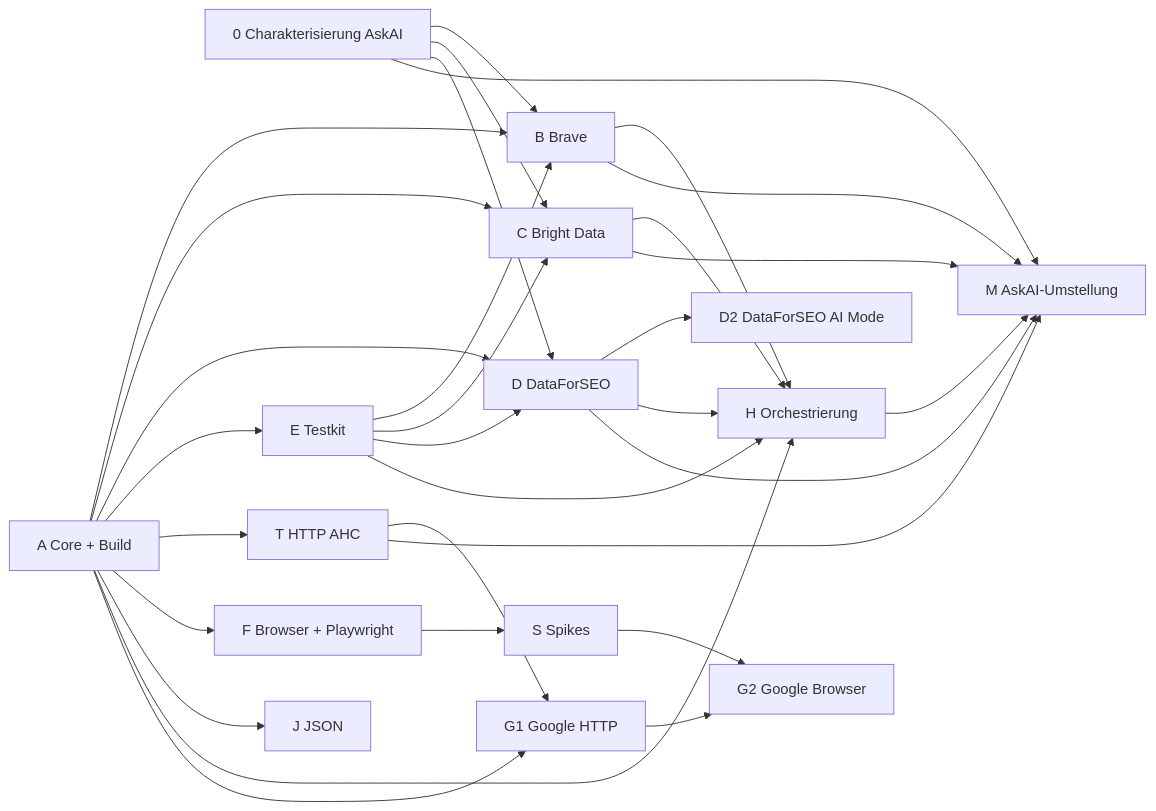
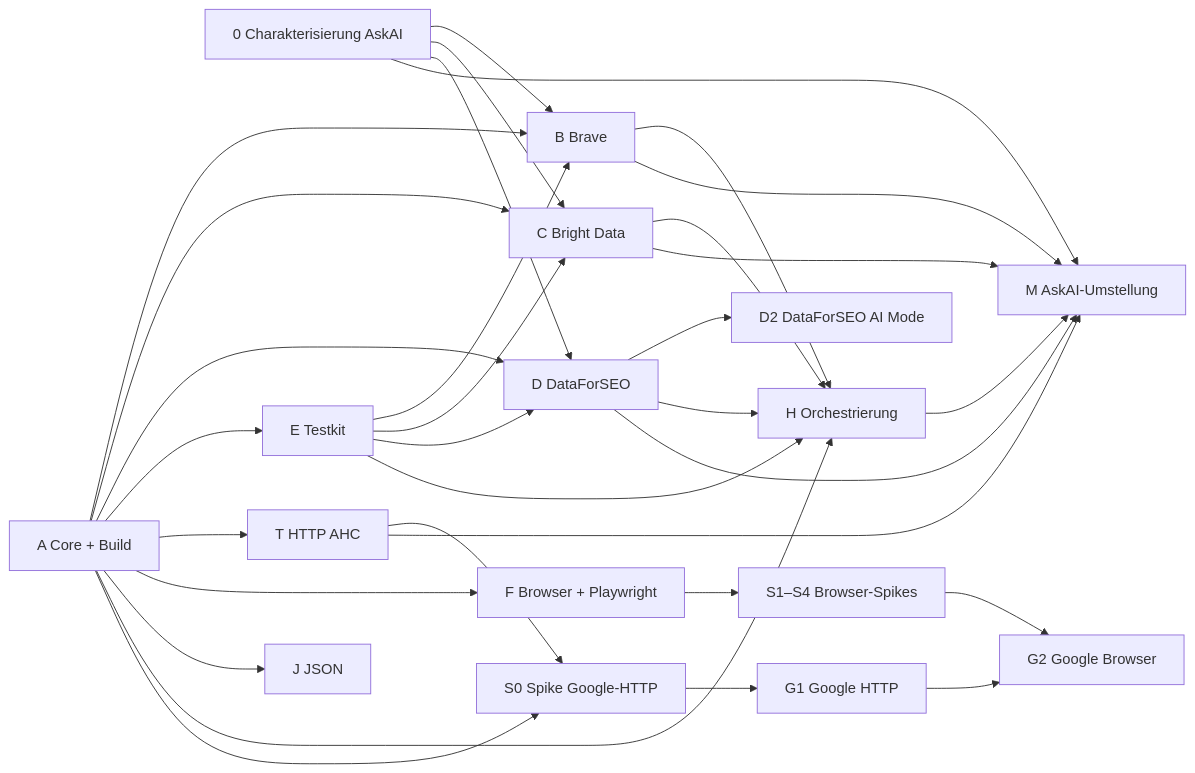
One commit to aresstack/Serp4J changed the diagram in docs/architecture/implementation-plan.md. Above: the diagram before and after it, drawn with Mermaid. The commit also changed other lines of this file and 3 other files, not shown here.

First line of the commit message:
docs(architecture): Review-Korrekturen zu E-2, Ownership-Geltung und Spike-Reihenfolge S0/S1–S4

````diff
--- a/docs/architecture/implementation-plan.md
+++ b/docs/architecture/implementation-plan.md
@@ -36,28 +36,29 @@
 ```mermaid
 graph LR
     P0[0 Charakterisierung AskAI]
     A[A Core + Build]
     B[B Brave]
     C[C Bright Data]
     D[D DataForSEO]
     E[E Testkit]
     T[T HTTP AHC]
     F[F Browser + Playwright]
-    S[S Spikes]
+    S0[S0 Spike Google-HTTP]
+    S14[S1–S4 Browser-Spikes]
     G1[G1 Google HTTP]
     G2[G2 Google Browser]
     D2[D2 DataForSEO AI Mode]
     H[H Orchestrierung]
     J[J JSON]
     M[M AskAI-Umstellung]
 
     A --> B & C & D & E & T & F & J & H
     E --> B & C & D & H
     P0 --> B & C & D
-    A & T --> G1
-    F --> S --> G2
+    A & T --> S0 --> G1
+    F --> S14 --> G2
     G1 --> G2
     D --> D2
     B & C & D --> H
     B & C & D & H & T & P0 --> M
 ```
````
